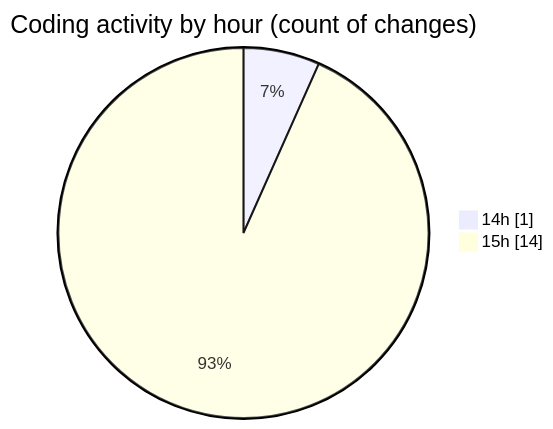
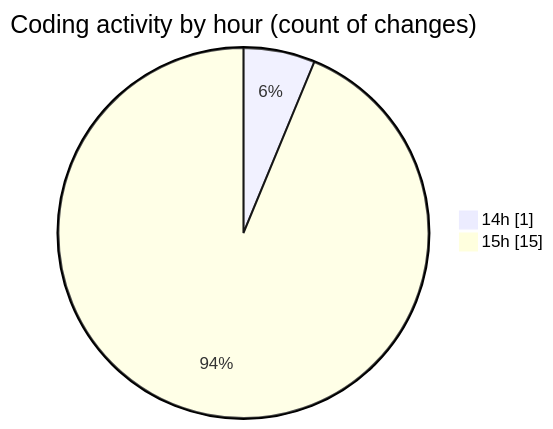
The second of 2 diagrams in 2026-07-01/wp-content/README.md (debugP/code-tracking), drawn with Mermaid before and after one commit. The commit also changed other lines of this file and 1 other file, not shown here.

````diff
--- a/2026-07-01/wp-content/README.md
+++ b/2026-07-01/wp-content/README.md
@@ -36,6 +36,6 @@
 ```mermaid
 pie showData
 title Coding activity by hour (count of changes)
 "14h" : 1
-"15h" : 14
+"15h" : 15
 ```
````
